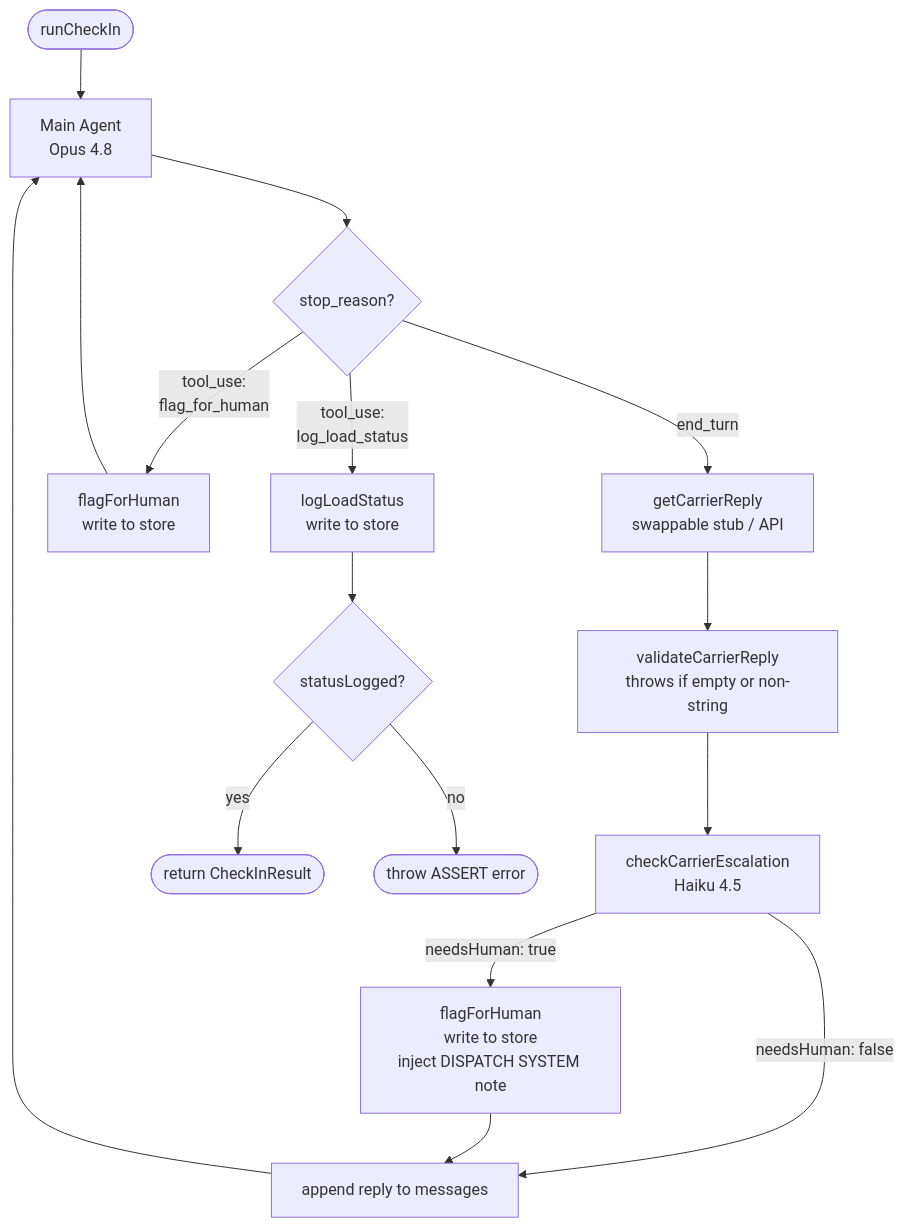
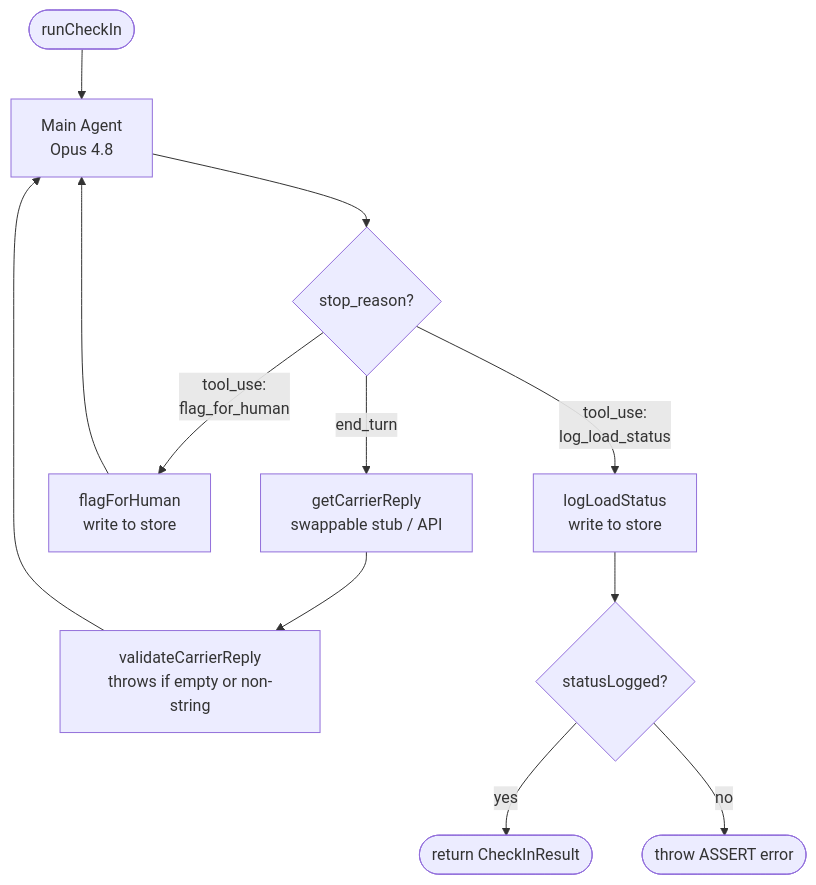
The diagram in README.md (lucarizzo03/Outbound-agent), drawn with Mermaid before and after one commit. The commit also changed other lines of this file and 1 other file, not shown here.

Commit message:
refactor

````diff
--- a/README.md
+++ b/README.md
@@ -22,23 +22,18 @@
 ```mermaid
 flowchart TD
     A([runCheckIn]) --> B[Main Agent\nOpus 4.8]
 
     B --> C{stop_reason?}
 
     C -- end_turn --> D[getCarrierReply\nswappable stub / API]
     D --> E[validateCarrierReply\nthrows if empty or non-string]
-    E --> F[checkCarrierEscalation\nHaiku 4.5]
+    E --> B
 
-    F -- needsHuman: false --> H[append reply to messages]
-    F -- needsHuman: true --> G[flagForHuman\nwrite to store\ninject DISPATCH SYSTEM note]
-    G --> H
-    H --> B
+    C -- tool_use:\nflag_for_human --> F[flagForHuman\nwrite to store]
+    F --> B
 
-    C -- tool_use:\nflag_for_human --> I[flagForHuman\nwrite to store]
-    I --> B
-
-    C -- tool_use:\nlog_load_status --> J[logLoadStatus\nwrite to store]
-    J --> K{statusLogged?}
-    K -- yes --> M([return CheckInResult])
-    K -- no --> N([throw ASSERT error])
+    C -- tool_use:\nlog_load_status --> G[logLoadStatus\nwrite to store]
+    G --> H{statusLogged?}
+    H -- yes --> I([return CheckInResult])
+    H -- no --> J([throw ASSERT error])
 ```
````
